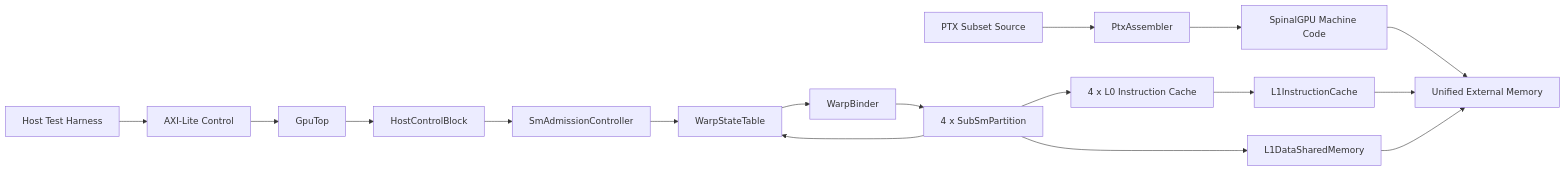
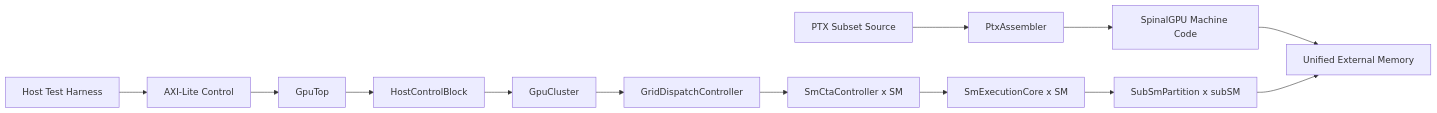
One commit to lastweek/SpinalGPU changed the fourth of 4 diagrams in docs/architecture.md. Above: the diagram before and after it, drawn with Mermaid. The commit also changed other lines of this file and 34 other files, not shown here.

````diff
--- a/docs/architecture.md
+++ b/docs/architecture.md
@@ -227,26 +226,22 @@
 ```mermaid
 flowchart LR
   HOST[Host Test Harness]
   PTX[PTX Subset Source]
   TOOLCHAIN[PtxAssembler]
   BIN[SpinalGPU Machine Code]
   CSR[AXI-Lite Control]
   GPU[GpuTop]
   HCB[HostControlBlock]
-  SAC[SmAdmissionController]
-  WST[WarpStateTable]
-  BINDER[WarpBinder]
-  SUBS[4 x SubSmPartition]
-  L0I[4 x L0 Instruction Cache]
-  L1I[L1InstructionCache]
-  L1D[L1DataSharedMemory]
+  CLUSTER[GpuCluster]
+  GRID[GridDispatchController]
+  CTA[SmCtaController x SM]
+  SM[SmExecutionCore x SM]
+  SUBS[SubSmPartition x subSM]
   MEM[Unified External Memory]
 
   PTX --> TOOLCHAIN --> BIN --> MEM
   HOST --> CSR --> GPU
-  GPU --> HCB --> SAC --> WST
-  WST --> BINDER --> SUBS
-  SUBS --> L0I --> L1I --> MEM
-  SUBS --> L1D --> MEM
-  SUBS --> WST
+  GPU --> HCB --> CLUSTER
+  CLUSTER --> GRID --> CTA --> SM --> SUBS
+  SUBS --> MEM
 ```
````
